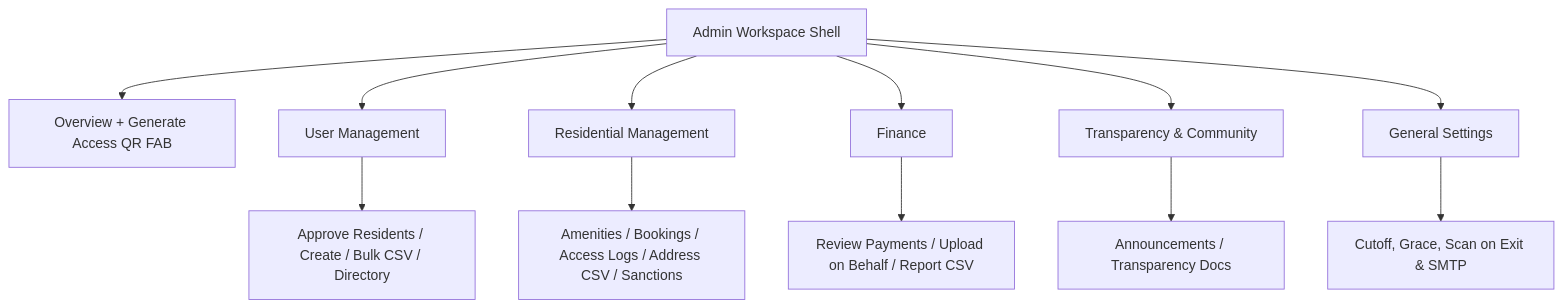
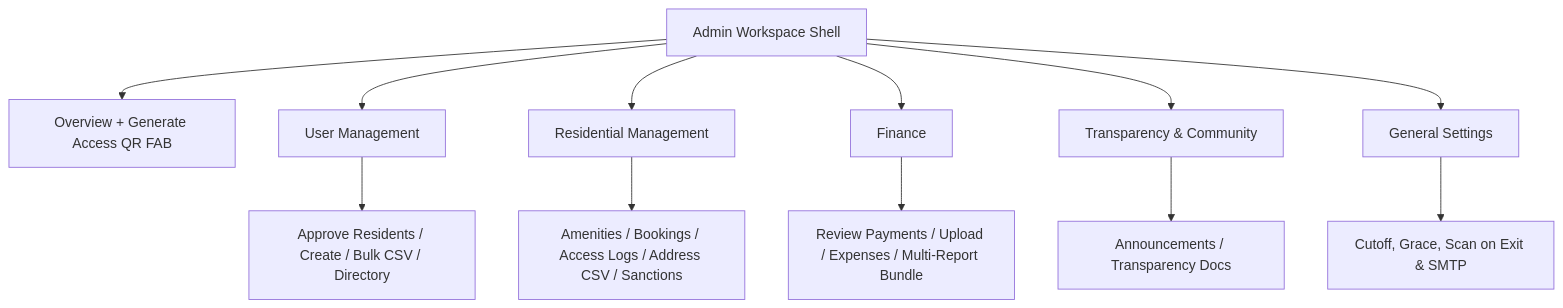
The first of 2 diagrams in docs/admin_user_manual.md (danms07/SuburbanLife), drawn with Mermaid before and after one commit. The commit also changed other lines of this file and 35 other files, not shown here.

````diff
--- a/docs/admin_user_manual.md
+++ b/docs/admin_user_manual.md
@@ -49,15 +49,15 @@
 ```mermaid
 flowchart TD
     Shell["Admin Workspace Shell"] --> Ov["Overview + Generate Access QR FAB"]
     Shell --> UM["User Management"]
     Shell --> RM["Residential Management"]
     Shell --> Fin["Finance"]
     Shell --> TC["Transparency & Community"]
     Shell --> GS["General Settings"]
 
     UM --> UM1["Approve Residents / Create / Bulk CSV / Directory"]
     RM --> RM1["Amenities / Bookings / Access Logs / Address CSV / Sanctions"]
-    Fin --> Fin1["Review Payments / Upload on Behalf / Report CSV"]
+    Fin --> Fin1["Review Payments / Upload / Expenses / Multi-Report Bundle"]
     TC --> TC1["Announcements / Transparency Docs"]
     GS --> GS1["Cutoff, Grace, Scan on Exit & SMTP"]
 ```
````
